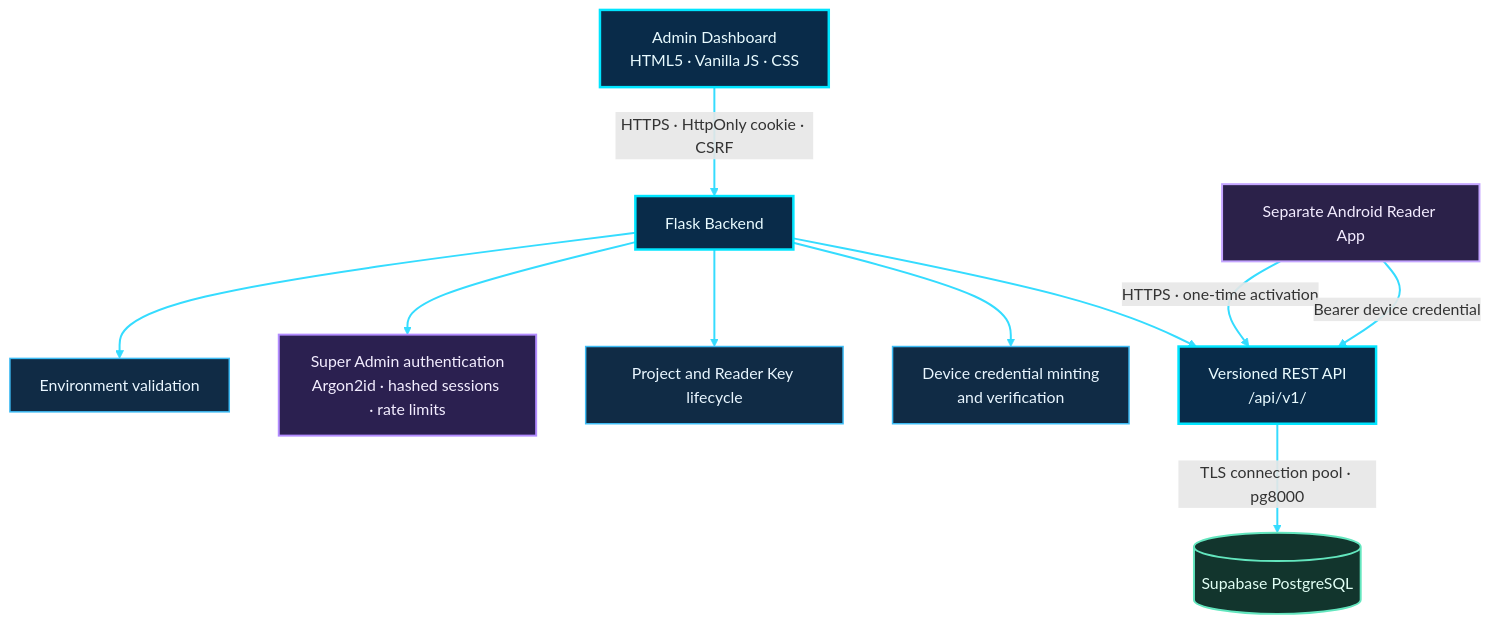
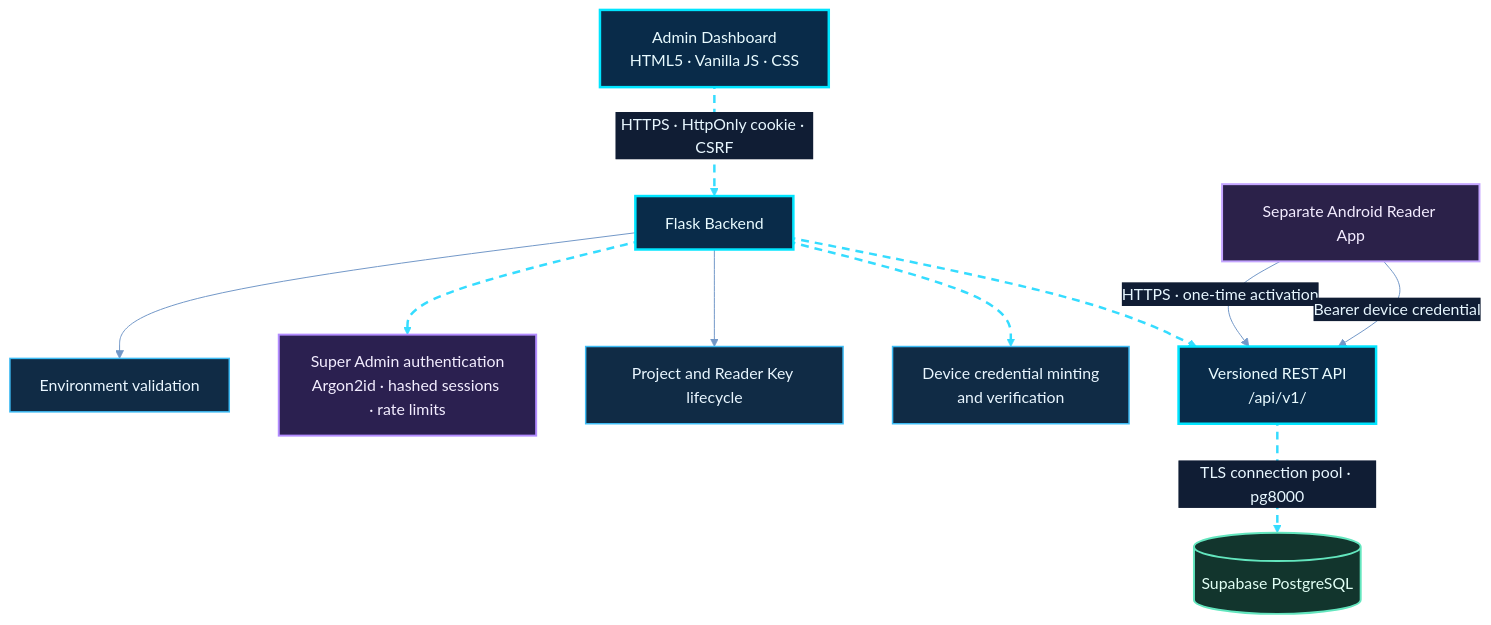
One commit to shajeduzzamanenan992008inc/NexOra-Database-key-Gen changed the third of 23 diagrams in README.md. Above: the diagram before and after it, drawn with Mermaid. The commit also changed other lines of this file, not shown here.

````diff
--- a/README.md
+++ b/README.md
@@ -491,30 +497,33 @@
 ```mermaid
+%%{init: {"theme":"base","themeVariables":{"darkMode":true,"background":"#07111f","primaryColor":"#102744","primaryTextColor":"#e8f7ff","primaryBorderColor":"#00d9ff","lineColor":"#7297c8","secondaryColor":"#261d45","secondaryTextColor":"#f3eaff","secondaryBorderColor":"#a78bfa","tertiaryColor":"#12332b","tertiaryTextColor":"#e0fff1","tertiaryBorderColor":"#41e6a2","fontFamily":"Inter, Segoe UI, sans-serif","edgeLabelBackground":"#101d34","mainBkg":"#102744","nodeBorder":"#00d9ff","clusterBkg":"#0b1930","clusterBorder":"#6f7dff","actorBkg":"#102744","actorBorder":"#00d9ff","actorTextColor":"#e8f7ff","signalColor":"#64d8ff","signalTextColor":"#e8f7ff","noteBkgColor":"#0e332b","noteBorderColor":"#41e6a2","noteTextColor":"#e0fff1"}}}%%
 flowchart TD
-    A["Admin Dashboard<br/>HTML5 · Vanilla JS · CSS"] -->|"HTTPS · HttpOnly cookie · CSRF"| B["Flask Backend"]
-    B --> C["Environment validation"]
-    B --> D["Super Admin authentication<br/>Argon2id · hashed sessions · rate limits"]
+    A["Admin Dashboard<br/>HTML5 · Vanilla JS · CSS"] nx03e01@-->|"HTTPS · HttpOnly cookie · CSRF"| B["Flask Backend"]
+    B nx03e02@nx03e04@--> C["Environment validation"]
+    B nx03e03@--> D["Super Admin authentication<br/>Argon2id · hashed sessions · rate limits"]
     B --> E["Project and Reader Key lifecycle"]
-    B --> F["Device credential minting<br/>and verification"]
-    B --> G["Versioned REST API<br/>/api/v1/"]
-    G -->|"TLS connection pool · pg8000"| H[("Supabase PostgreSQL")]
+    B nx03e05@--> F["Device credential minting<br/>and verification"]
+    B nx03e06@--> G["Versioned REST API<br/>/api/v1/"]
+    G nx03e07@-->|"TLS connection pool · pg8000"| H[("Supabase PostgreSQL")]
     I["Separate Android Reader App"] -->|"HTTPS · one-time activation"| G
     I -->|"Bearer device credential"| G
 
     %% OMEGA NEX-ORA visual classes
     %% OMEGA NEX-ORA / ULTRA NEON PALETTE
     classDef nxCore fill:#092b49,stroke:#00e5ff,stroke-width:2.5px,color:#e9fbff;
     classDef nxProcess fill:#102b45,stroke:#3dbcf5,stroke-width:1.5px,color:#e9f6ff;
     classDef nxDecision fill:#2b2050,stroke:#b38cff,stroke-width:2px,color:#f3edff;
     classDef nxSuccess fill:#0d3b2c,stroke:#3fffa0,stroke-width:2px,color:#e0fff0;
     classDef nxDanger fill:#451d30,stroke:#ff6688,stroke-width:2px,color:#fff0f3;
     classDef nxData fill:#12352d,stroke:#63e6be,stroke-width:2px,color:#e1fff5;
     classDef nxExternal fill:#2b2149,stroke:#c4a5ff,stroke-width:2px,color:#f3ecff;
     classDef nxInfo fill:#17253e,stroke:#91a7c9,stroke-width:1.5px,color:#e5efff;
     classDef nxWarning fill:#453116,stroke:#fbbf24,stroke-width:2px,color:#fff6d6;
+    %% Moving dashed route: Mermaid applies this class to explicitly identified edges.
+    classDef nxAnimated stroke:#35dcff,stroke-width:2.5px,stroke-dasharray:8\,6,stroke-dashoffset:1000,animation:dash 24s linear infinite;
     class A,B,G nxCore;
     class C,E,F nxProcess;
     class D nxDecision;
     class H nxData;
     class I nxExternal;
-    linkStyle default stroke:#35dcff,stroke-width:2px;
+    class nx03e01,nx03e02,nx03e03,nx03e04,nx03e05,nx03e06,nx03e07 nxAnimated;
 ```
````
